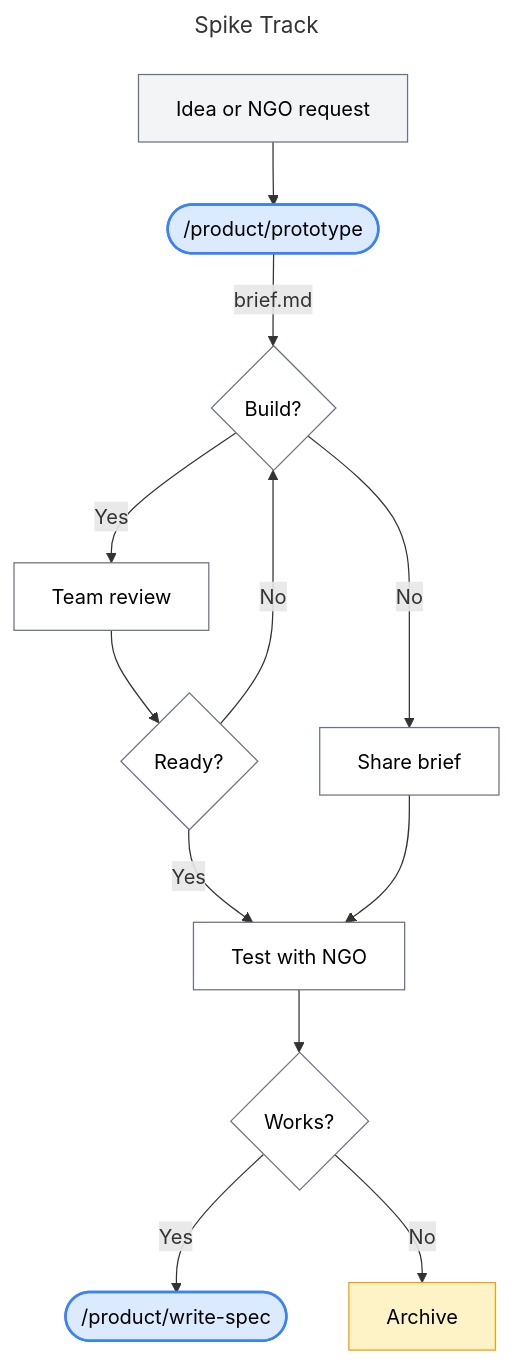
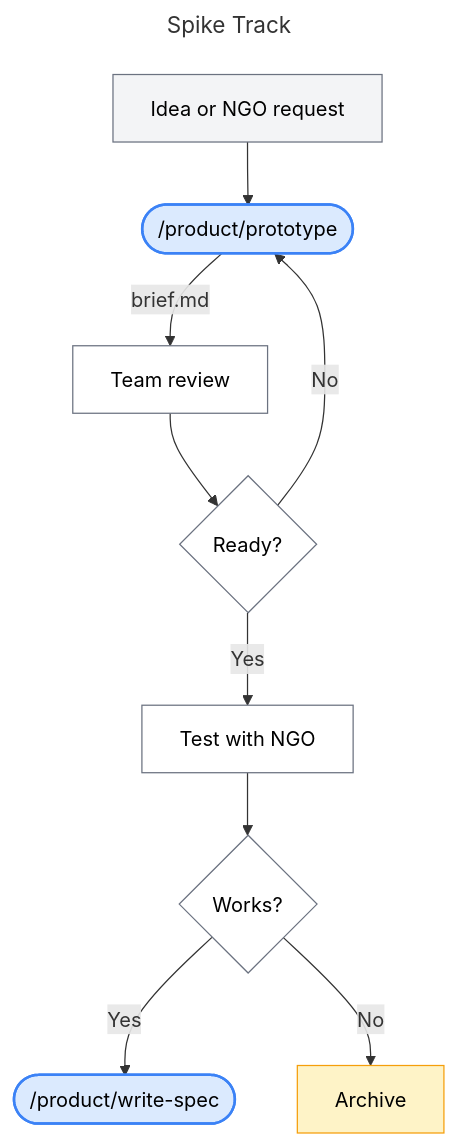
One commit to DalgoT4D/dalgo-core changed the first of 2 diagrams in README.md. Above: the diagram before and after it, drawn with Mermaid.

````diff
--- a/README.md
+++ b/README.md
@@ -58,28 +58,23 @@
 ```mermaid
 ---
 title: Spike Track
 ---
 flowchart TD
     A["Idea or NGO request"] --> B(["/product/prototype"])
-    B --> |"brief.md"| C{"Build?"}
-    C --> |Yes| D["Team review"]
-    C --> |No| E["Share brief"]
+    B --> |"brief.md"| D["Team review"]
     D --> R{Ready?}
     R --> |Yes| F["Test with NGO"]
-    R --> |No| C
-    E --> F
+    R --> |No| B
     F --> G{Works?}
     G --> |Yes| H(["/product/write-spec"])
     G --> |No| I["Archive"]
 
     style A fill:#f3f4f6,stroke:#6b7280,color:#000
     style B fill:#dbeafe,stroke:#3b82f6,color:#000,stroke-width:2px
-    style C fill:#fff,stroke:#6b7280,color:#000
     style D fill:#fff,stroke:#6b7280,color:#000
     style R fill:#fff,stroke:#6b7280,color:#000
-    style E fill:#fff,stroke:#6b7280,color:#000
     style F fill:#fff,stroke:#6b7280,color:#000
     style G fill:#fff,stroke:#6b7280,color:#000
     style H fill:#dbeafe,stroke:#3b82f6,color:#000,stroke-width:2px
     style I fill:#fef3c7,stroke:#f59e0b,color:#000
 ```
````
